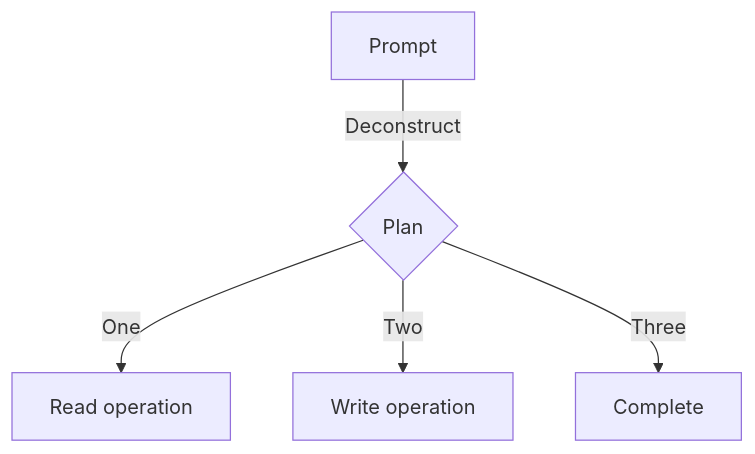
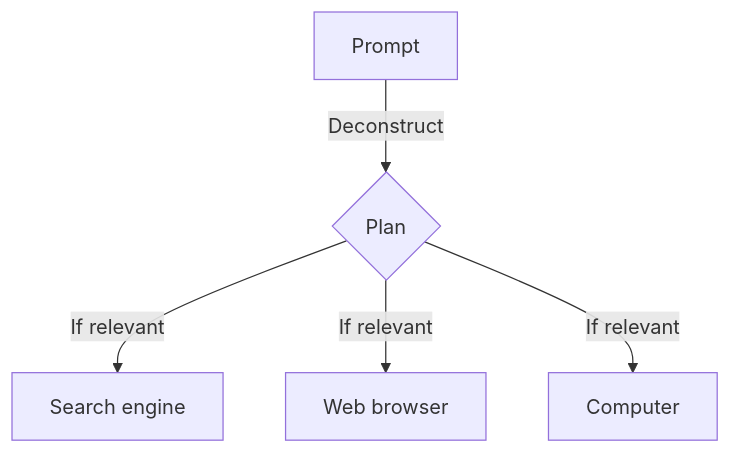
One commit to lsd-so/agentflare changed the diagram in README.md. Above: the diagram before and after it, drawn with Mermaid. The commit also changed other lines of this file, not shown here.

````diff
--- a/README.md
+++ b/README.md
@@ -53,7 +53,7 @@
 ```mermaid
 flowchart TD
     A[Prompt] -->|Deconstruct| B{Plan}
-    B -->|One| C[Read operation]
-    B -->|Two| D[Write operation]
-    B -->|Three| E[Complete]
+    B -->|If relevant| C[Search engine]
+    B -->|If relevant| D[Web browser]
+    B -->|If relevant| E[Computer]
 ```
````
